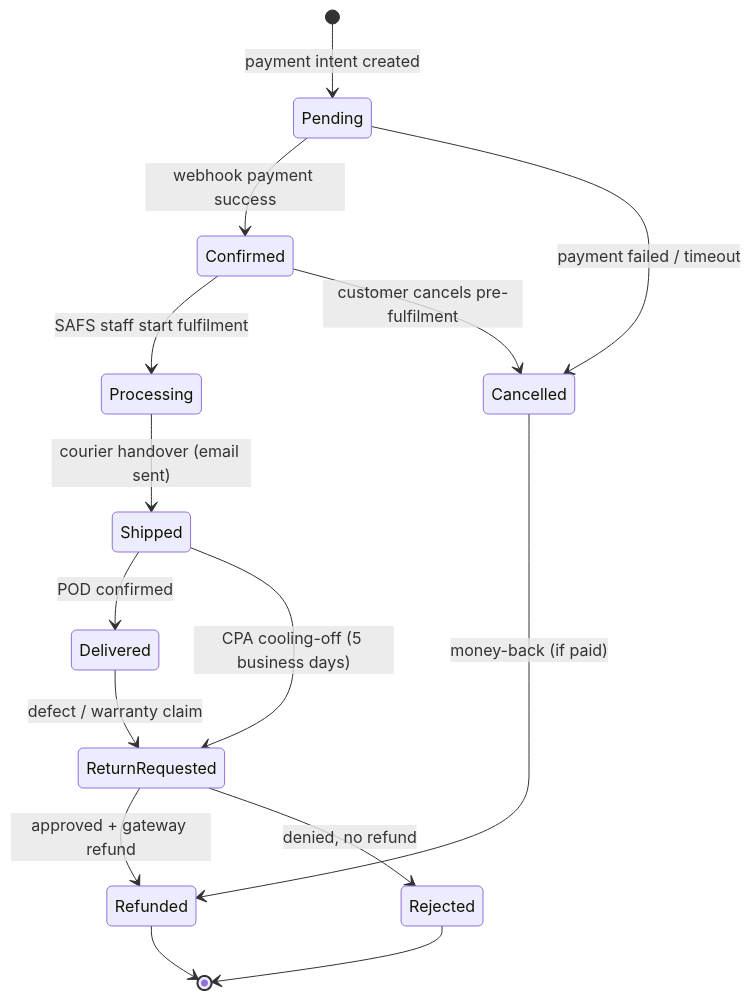
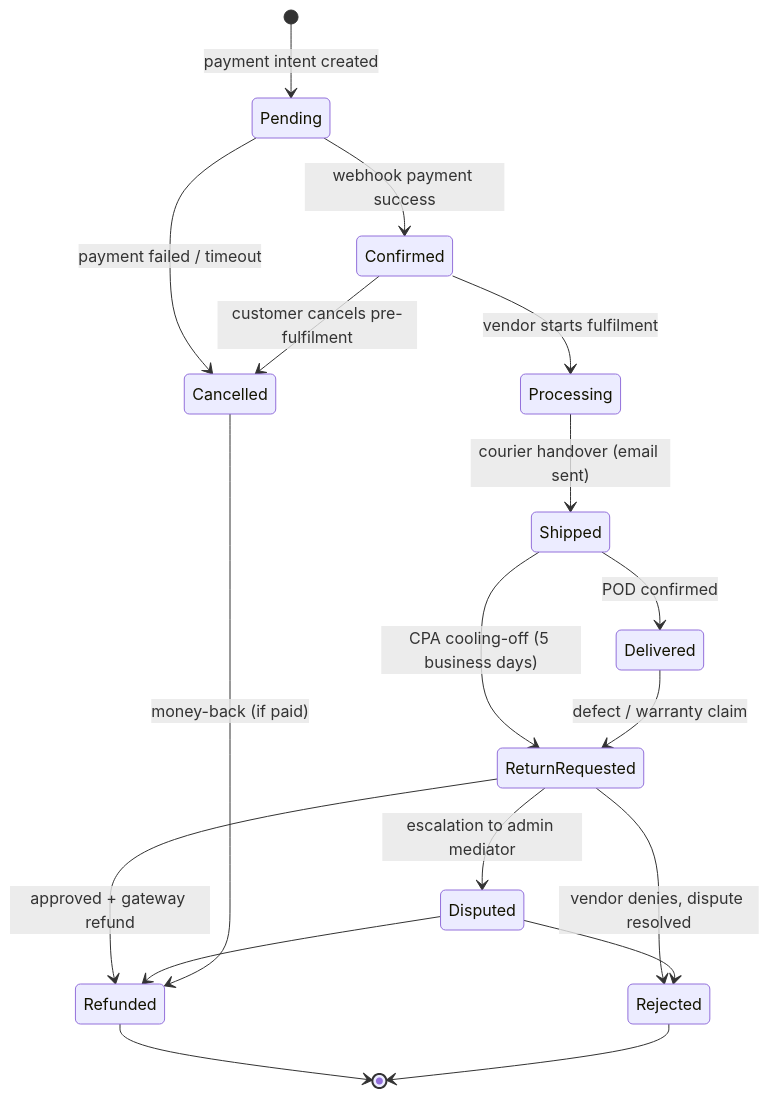
Before and after one commit to Uvaancovie/south-african-furniture: the fourth of 4 diagrams in uml/uml.md, drawn with Mermaid. The commit also changed other lines of this file and 8 other files, not shown here.

````diff
--- a/uml/uml.md
+++ b/uml/uml.md
@@ -328,17 +371,20 @@
 ```mermaid
 stateDiagram-v2
     [*] --> Pending : payment intent created
     Pending --> Confirmed : webhook payment success
     Pending --> Cancelled : payment failed / timeout
-    Confirmed --> Processing : SAFS staff start fulfilment
+    Confirmed --> Processing : vendor starts fulfilment
     Processing --> Shipped : courier handover (email sent)
     Shipped --> Delivered : POD confirmed
     Shipped --> ReturnRequested : CPA cooling-off (5 business days)
     Delivered --> ReturnRequested : defect / warranty claim
     ReturnRequested --> Refunded : approved + gateway refund
-    ReturnRequested --> Rejected : denied, no refund
+    ReturnRequested --> Rejected : vendor denies, dispute resolved
+    ReturnRequested --> Disputed : escalation to admin mediator
+    Disputed --> Refunded
+    Disputed --> Rejected
+    Confirmed --> Cancelled : customer cancels pre-fulfilment
+    Cancelled --> Refunded : money-back (if paid)
     Refunded --> [*]
     Rejected --> [*]
-    Confirmed --> Cancelled : customer cancels pre-fulfilment
-    Cancelled --> Refunded : money-back (if paid)
 ```
````
